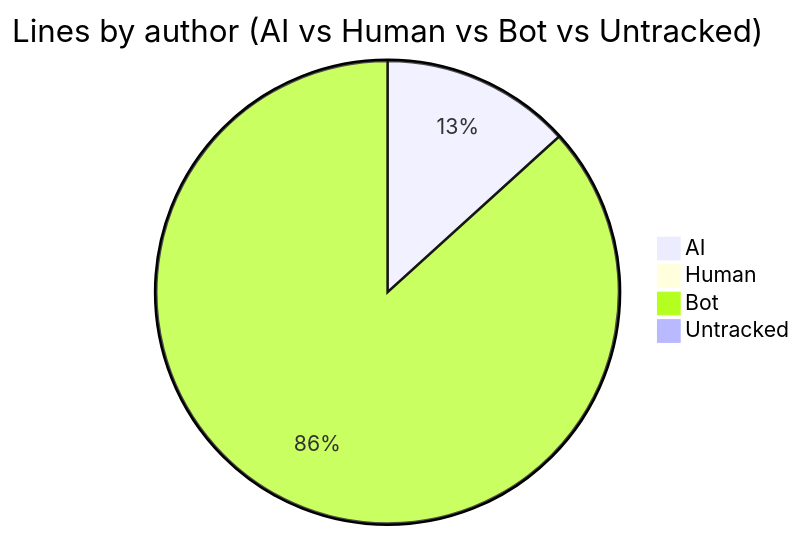
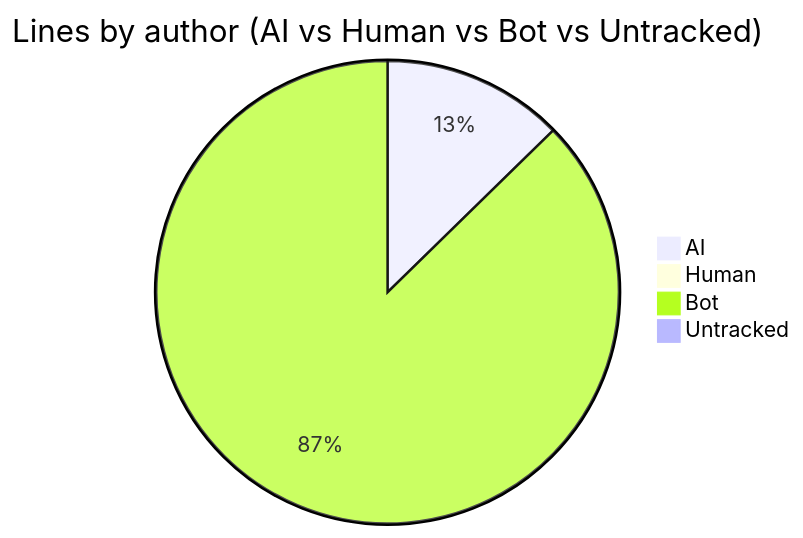
Before and after one commit to CaliMark/ai-authorship: the fourth of 7 diagrams in AI-AUTHORSHIP.md, drawn with Mermaid. The commit also changed other lines of this file and 1 other file, not shown here.

````diff
--- a/AI-AUTHORSHIP.md
+++ b/AI-AUTHORSHIP.md
@@ -60,7 +60,7 @@
 ```mermaid
 pie title Lines by author (AI vs Human vs Bot vs Untracked)
-    "AI" : 481
+    "AI" : 457
     "Human" : 0
-    "Bot" : 3144
-    "Untracked" : 18
+    "Bot" : 3147
+    "Untracked" : 0
 ```
````
